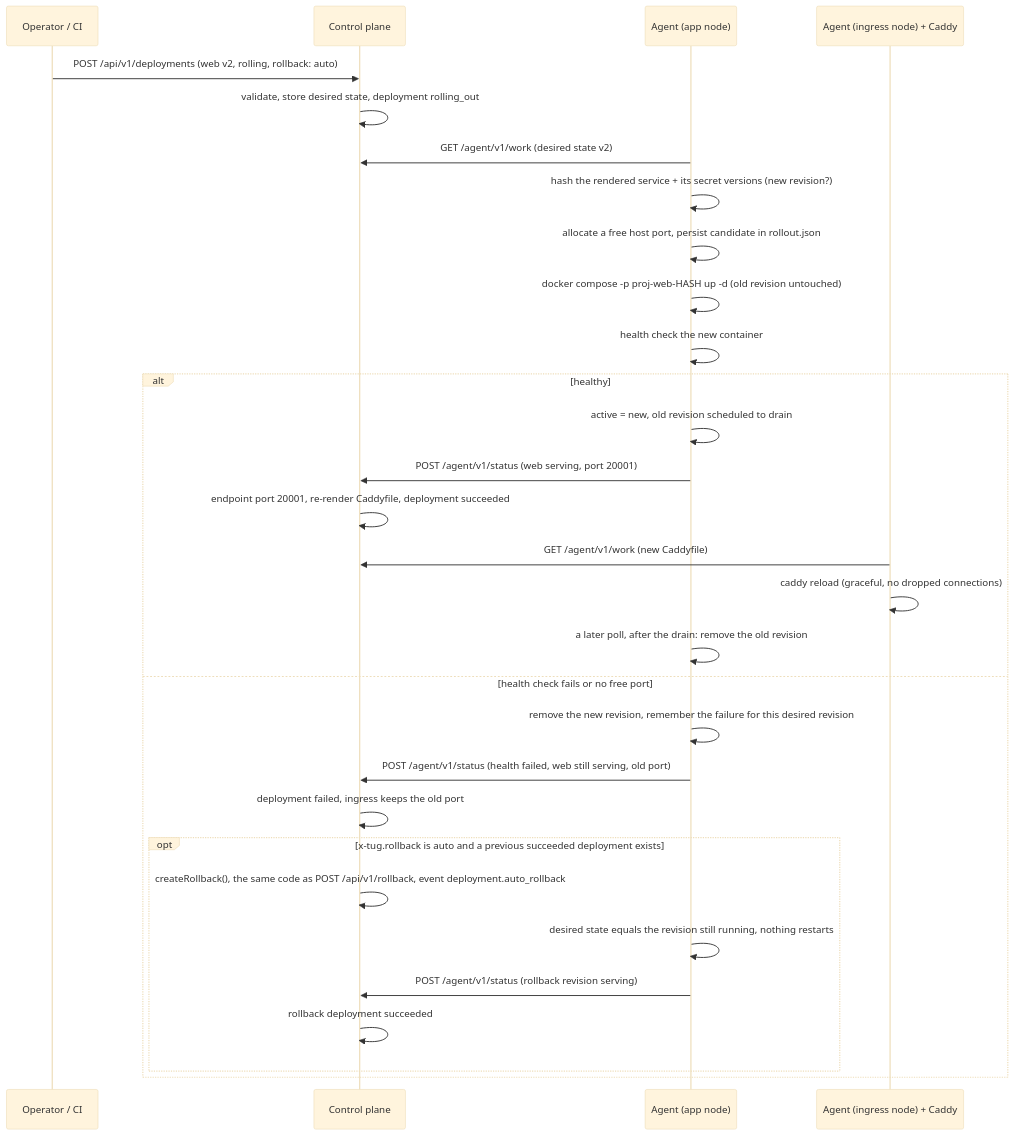
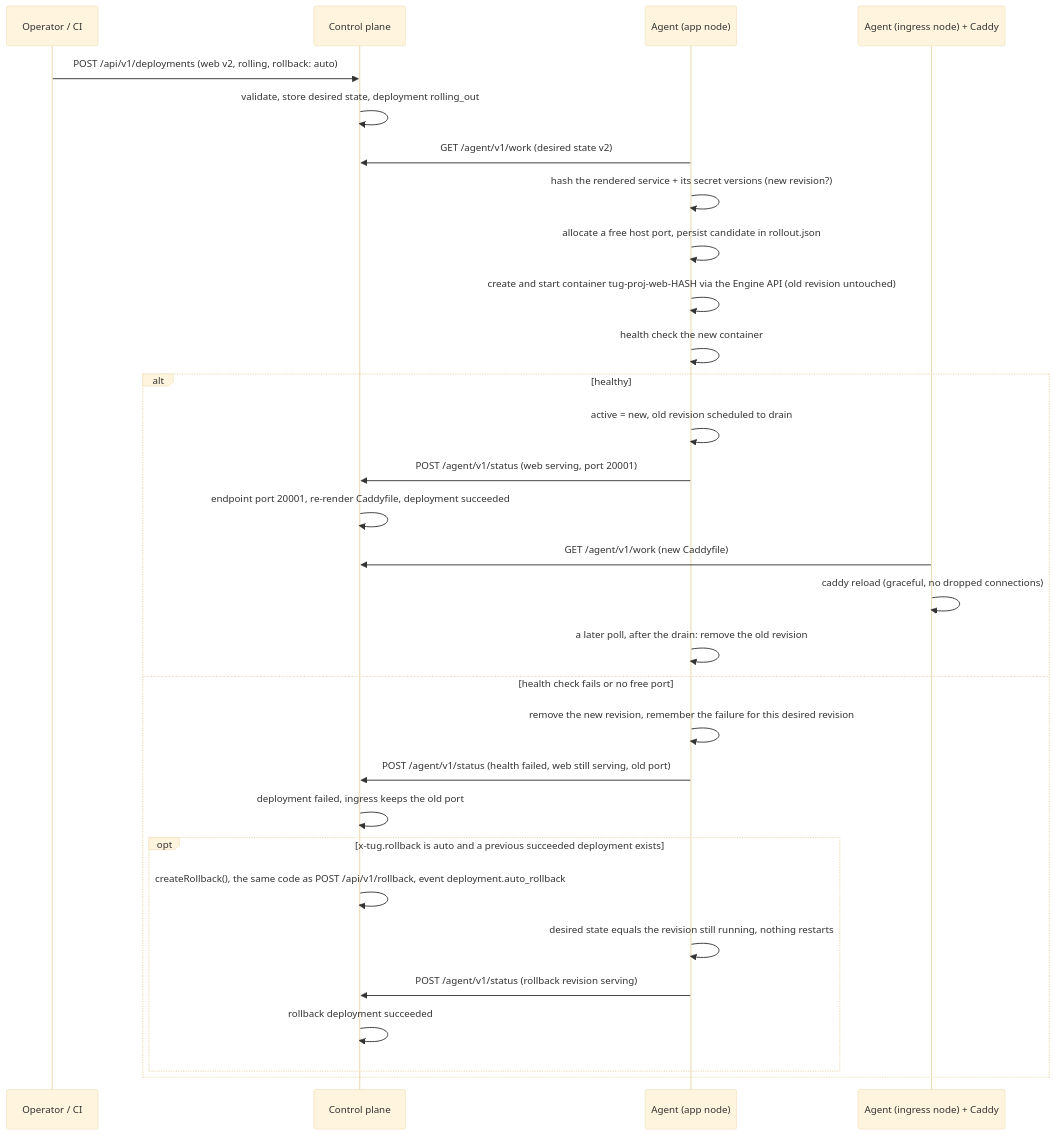
The fifth of 5 diagrams in docs/architecture.md (wpelevator/tug), drawn with Mermaid (base theme) before and after one commit. The commit also changed other lines of this file and 3 other files, not shown here.

Commit message:
docs: correct stale Compose and rollout descriptions for the Engine API agent (#37)

````diff
--- a/docs/architecture.md
+++ b/docs/architecture.md
@@ -174,33 +174,33 @@
 ```mermaid
 sequenceDiagram
     participant Op as Operator / CI
     participant Ctrl as Control plane
     participant A as Agent (app node)
     participant E as Agent (ingress node) + Caddy
 
     Op->>Ctrl: POST /api/v1/deployments (web v2, rolling, rollback: auto)
     Ctrl->>Ctrl: validate, store desired state, deployment rolling_out
     A->>Ctrl: GET /agent/v1/work (desired state v2)
     A->>A: hash the rendered service + its secret versions (new revision?)
     A->>A: allocate a free host port, persist candidate in rollout.json
-    A->>A: docker compose -p proj-web-HASH up -d (old revision untouched)
+    A->>A: create and start container tug-proj-web-HASH via the Engine API (old revision untouched)
     A->>A: health check the new container
     alt healthy
         A->>A: active = new, old revision scheduled to drain
         A->>Ctrl: POST /agent/v1/status (web serving, port 20001)
         Ctrl->>Ctrl: endpoint port 20001, re-render Caddyfile, deployment succeeded
         E->>Ctrl: GET /agent/v1/work (new Caddyfile)
         E->>E: caddy reload (graceful, no dropped connections)
         A->>A: a later poll, after the drain: remove the old revision
     else health check fails or no free port
         A->>A: remove the new revision, remember the failure for this desired revision
         A->>Ctrl: POST /agent/v1/status (health failed, web still serving, old port)
         Ctrl->>Ctrl: deployment failed, ingress keeps the old port
         opt x-tug.rollback is auto and a previous succeeded deployment exists
             Ctrl->>Ctrl: createRollback(), the same code as POST /api/v1/rollback, event deployment.auto_rollback
             A->>A: desired state equals the revision still running, nothing restarts
             A->>Ctrl: POST /agent/v1/status (rollback revision serving)
             Ctrl->>Ctrl: rollback deployment succeeded
         end
     end
 ```
````
